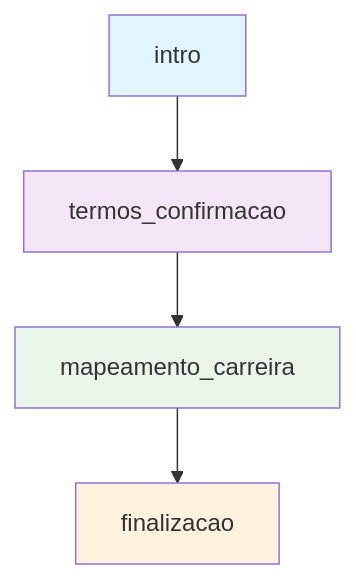
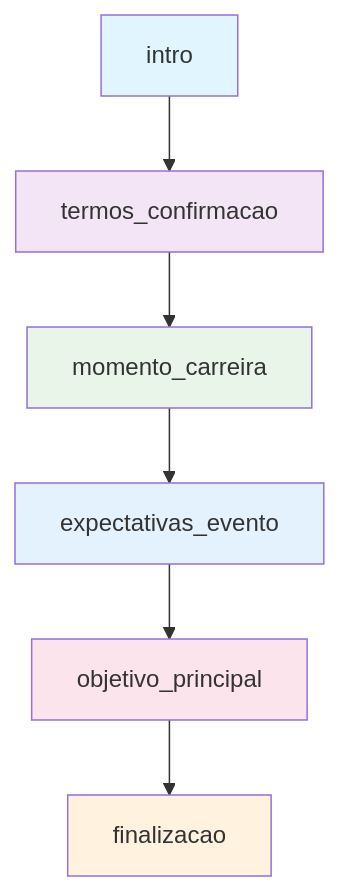
One commit to rafaelcaceres/singuebot changed the diagram in docs/fluxo-entrevista.md. Above: the diagram before and after it, drawn with Mermaid. The commit also changed other lines of this file and 10 other files, not shown here.

````diff
--- a/docs/fluxo-entrevista.md
+++ b/docs/fluxo-entrevista.md
@@ -14,11 +14,15 @@
 ```mermaid
 graph TD
     A[intro] --> B[termos_confirmacao]
-    B --> C[mapeamento_carreira]
-    C --> D[finalizacao]
+    B --> C[momento_carreira]
+    C --> D[expectativas_evento]
+    D --> E[objetivo_principal]
+    E --> F[finalizacao]
     
     style A fill:#e1f5fe
     style B fill:#f3e5f5
     style C fill:#e8f5e8
-    style D fill:#fff3e0
+    style D fill:#e3f2fd
+    style E fill:#fce4ec
+    style F fill:#fff3e0
 ```
````
